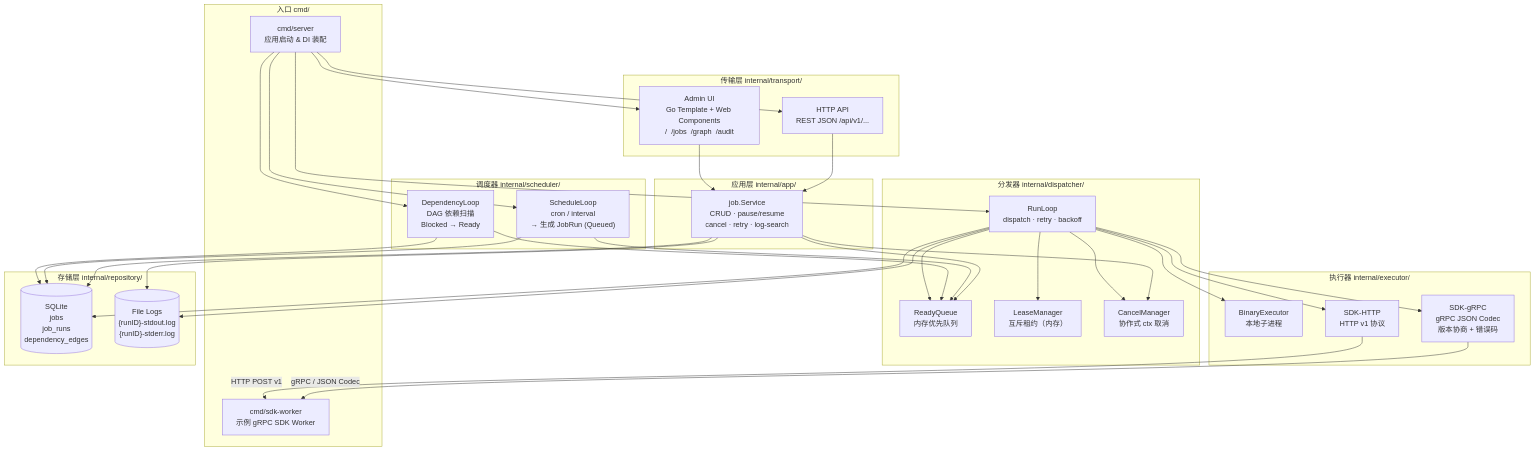
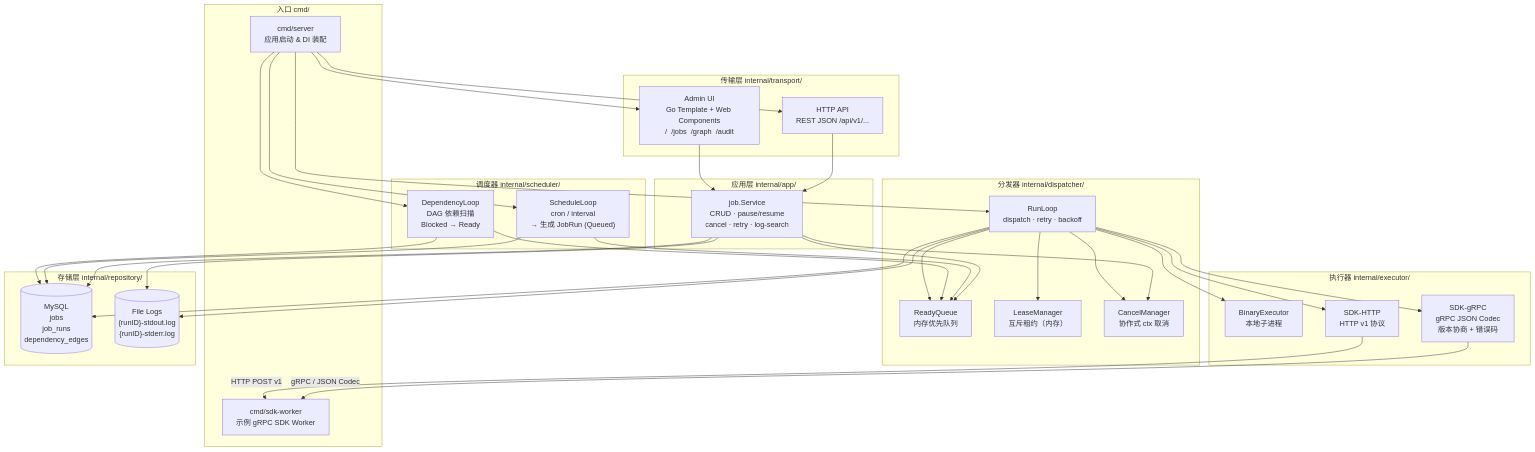
Before and after one commit to bobacgo/cron-job: the first of 2 diagrams in README.md, drawn with Mermaid. The commit also changed other lines of this file and 13 other files, not shown here.

````diff
--- a/README.md
+++ b/README.md
@@ -59,50 +75,50 @@
 ```mermaid
 graph TD
     subgraph CMD["入口 cmd/"]
         SERVER["cmd/server\n应用启动 & DI 装配"]
         SDKWORKER["cmd/sdk-worker\n示例 gRPC SDK Worker"]
     end
 
     subgraph TRANSPORT["传输层 internal/transport/"]
         HTTPAPI["HTTP API\nREST JSON  /api/v1/..."]
         ADMINUI["Admin UI\nGo Template + Web Components\n/  /jobs  /graph  /audit"]
     end
 
     subgraph APP["应用层 internal/app/"]
         JOBSVC["job.Service\nCRUD · pause/resume\ncancel · retry · log-search"]
     end
 
     subgraph SCHED["调度器 internal/scheduler/"]
         SCHLOOP["ScheduleLoop\ncron / interval\n→ 生成 JobRun (Queued)"]
         DEPLOOP["DependencyLoop\nDAG 依赖扫描\nBlocked → Ready"]
     end
 
     subgraph DISP["分发器 internal/dispatcher/"]
         QUEUE["ReadyQueue\n内存优先队列"]
         RUNLOOP["RunLoop\ndispatch · retry · backoff"]
         LEASE["LeaseManager\n互斥租约（内存）"]
         CANCEL["CancelManager\n协作式 ctx 取消"]
     end
 
     subgraph EXEC["执行器 internal/executor/"]
         BINARY["BinaryExecutor\n本地子进程"]
         SDKHTTP["SDK-HTTP\nHTTP v1 协议"]
         SDKGRPC["SDK-gRPC\ngRPC JSON Codec\n版本协商 + 错误码"]
     end
 
     subgraph REPO["存储层 internal/repository/"]
-        SQLITE[("SQLite\njobs\njob_runs\ndependency_edges")]
+        MYSQL[("MySQL\njobs\njob_runs\ndependency_edges")]
         FILELOG[("File Logs\n{runID}-stdout.log\n{runID}-stderr.log")]
     end
 
     SERVER --> HTTPAPI & ADMINUI & SCHLOOP & DEPLOOP & RUNLOOP
     HTTPAPI --> JOBSVC
     ADMINUI --> JOBSVC
-    JOBSVC --> SQLITE & FILELOG & QUEUE & CANCEL
-    SCHLOOP --> SQLITE & QUEUE
-    DEPLOOP --> SQLITE & QUEUE
-    RUNLOOP --> QUEUE & LEASE & CANCEL & SQLITE & FILELOG
+    JOBSVC --> MYSQL & FILELOG & QUEUE & CANCEL
+    SCHLOOP --> MYSQL & QUEUE
+    DEPLOOP --> MYSQL & QUEUE
+    RUNLOOP --> QUEUE & LEASE & CANCEL & MYSQL & FILELOG
     RUNLOOP --> BINARY & SDKHTTP & SDKGRPC
     SDKGRPC -->|"gRPC / JSON Codec"| SDKWORKER
     SDKHTTP -->|"HTTP POST v1"| SDKWORKER
 ```
````
